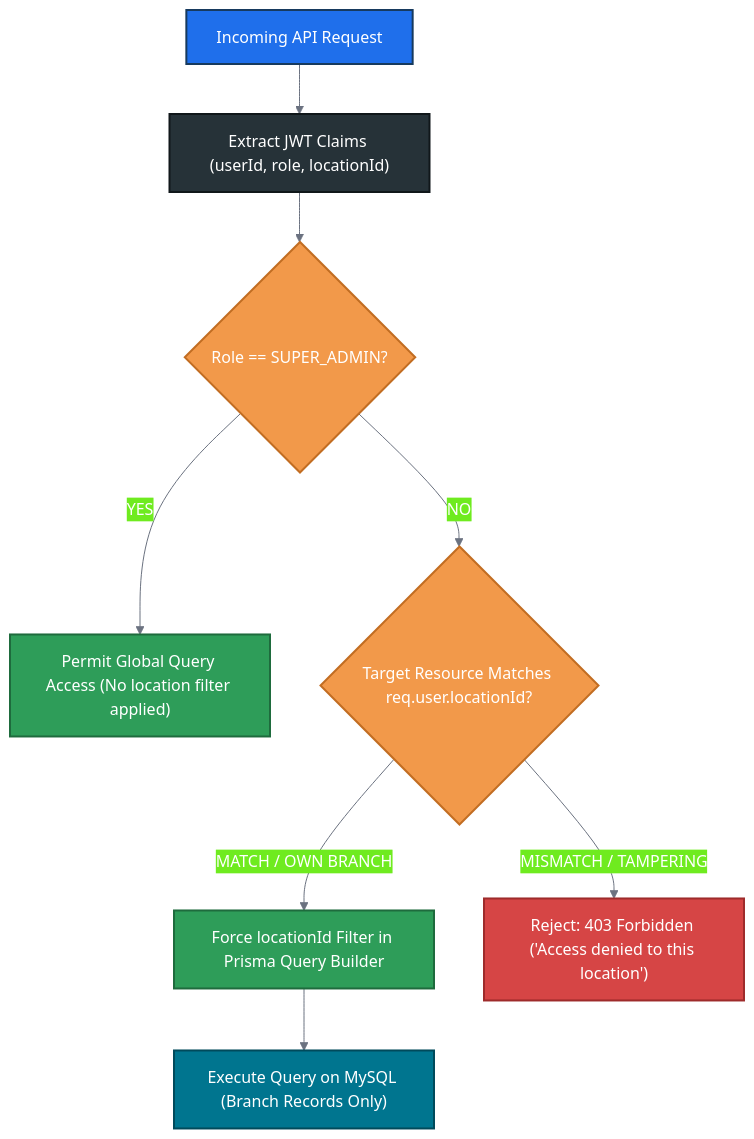
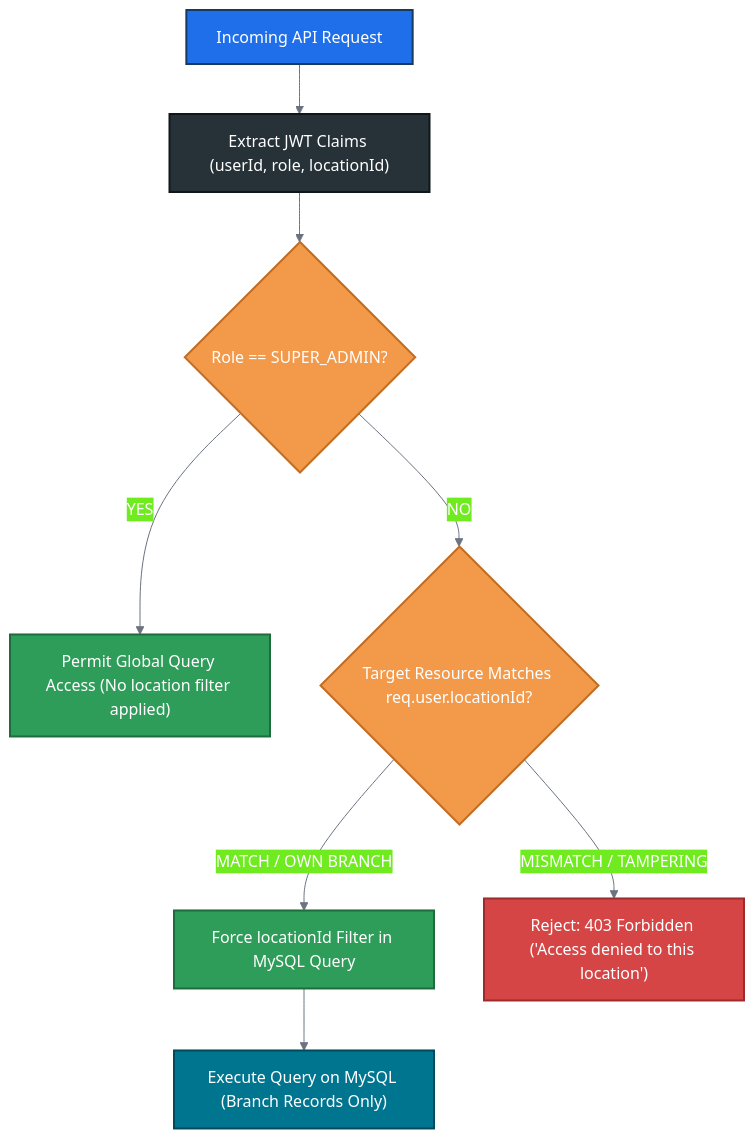
Before and after one commit to BSC-TEXTILES/BSC_Textiles_HRMS_Project: the third of 22 diagrams in README.md, drawn with Mermaid. The commit also changed other lines of this file and 4 other files, not shown here.

````diff
--- a/README.md
+++ b/README.md
@@ -397,21 +397,21 @@
 ```mermaid
 %%{init: {'theme': 'base', 'themeVariables': { 'primaryColor': '#1F6FEB', 'primaryTextColor': '#FFFFFF', 'primaryBorderColor': '#173A5E', 'lineColor': '#6B7280' }}}%%
 flowchart TD
     REQ["Incoming API Request"]:::cBlue --> EXTRACT["Extract JWT Claims (userId, role, locationId)"]:::cDark
     EXTRACT --> IS_SUPER{"Role == SUPER_ADMIN?"}:::cOrange
 
     IS_SUPER -- "YES" --> UNRESTRICTED["Permit Global Query Access (No location filter applied)"]:::cGreen
     IS_SUPER -- "NO" --> CHECK_SCOPE{"Target Resource Matches req.user.locationId?"}:::cOrange
 
-    CHECK_SCOPE -- "MATCH / OWN BRANCH" --> INJECT_FILTER["Force locationId Filter in Prisma Query Builder"]:::cGreen
+    CHECK_SCOPE -- "MATCH / OWN BRANCH" --> INJECT_FILTER["Force locationId Filter in MySQL Query"]:::cGreen
     CHECK_SCOPE -- "MISMATCH / TAMPERING" --> REJECT_403["Reject: 403 Forbidden ('Access denied to this location')"]:::cRed
 
     INJECT_FILTER --> EXECUTE_DB["Execute Query on MySQL (Branch Records Only)"]:::cDb
 
     classDef cBlue fill:#1F6FEB,stroke:#173A5E,stroke-width:2px,color:#FFFFFF;
     classDef cGreen fill:#2E9D59,stroke:#1E6B3D,stroke-width:2px,color:#FFFFFF;
     classDef cOrange fill:#F2994A,stroke:#C26D22,stroke-width:2px,color:#FFFFFF;
     classDef cRed fill:#D64545,stroke:#9E2B2B,stroke-width:2px,color:#FFFFFF;
     classDef cDark fill:#263238,stroke:#10171A,stroke-width:2px,color:#FFFFFF;
     classDef cDb fill:#00758F,stroke:#004A5B,stroke-width:2px,color:#FFFFFF;
 ```
````
